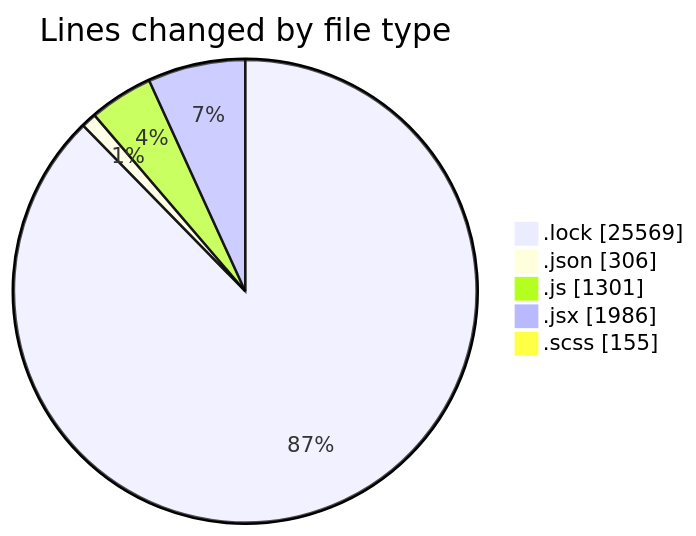
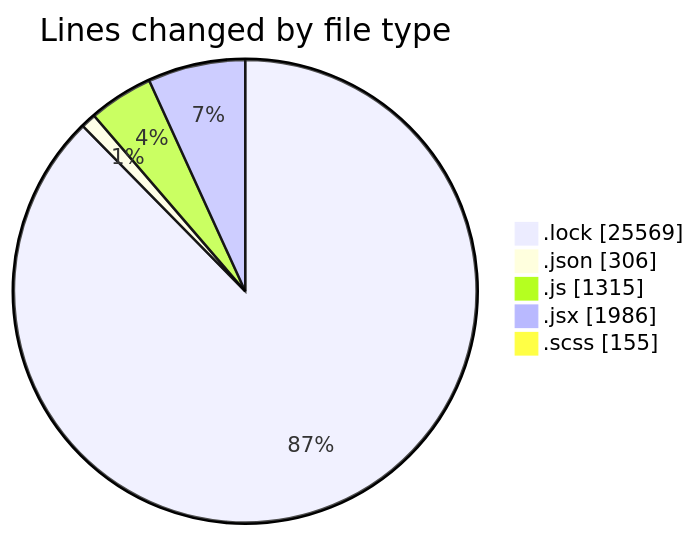
The first of 2 diagrams in 2026-01-07/cda/README.md (momahboobian/code-tracking), drawn with Mermaid before and after one commit. The commit also changed other lines of this file and 1 other file, not shown here.

````diff
--- a/2026-01-07/cda/README.md
+++ b/2026-01-07/cda/README.md
@@ -46,9 +46,9 @@
 ```mermaid
 pie showData
 title Lines changed by file type
 ".lock" : 25569
 ".json" : 306
-".js" : 1301
+".js" : 1315
 ".jsx" : 1986
 ".scss" : 155
 ```
````
